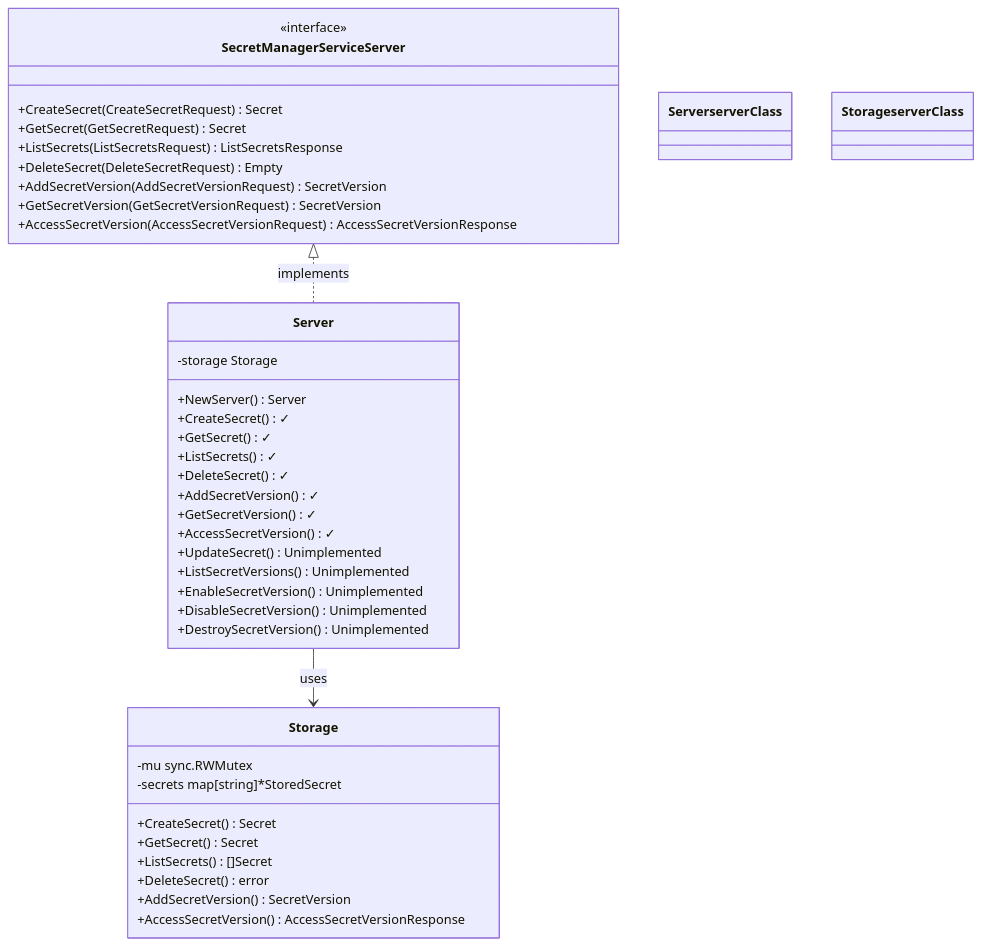
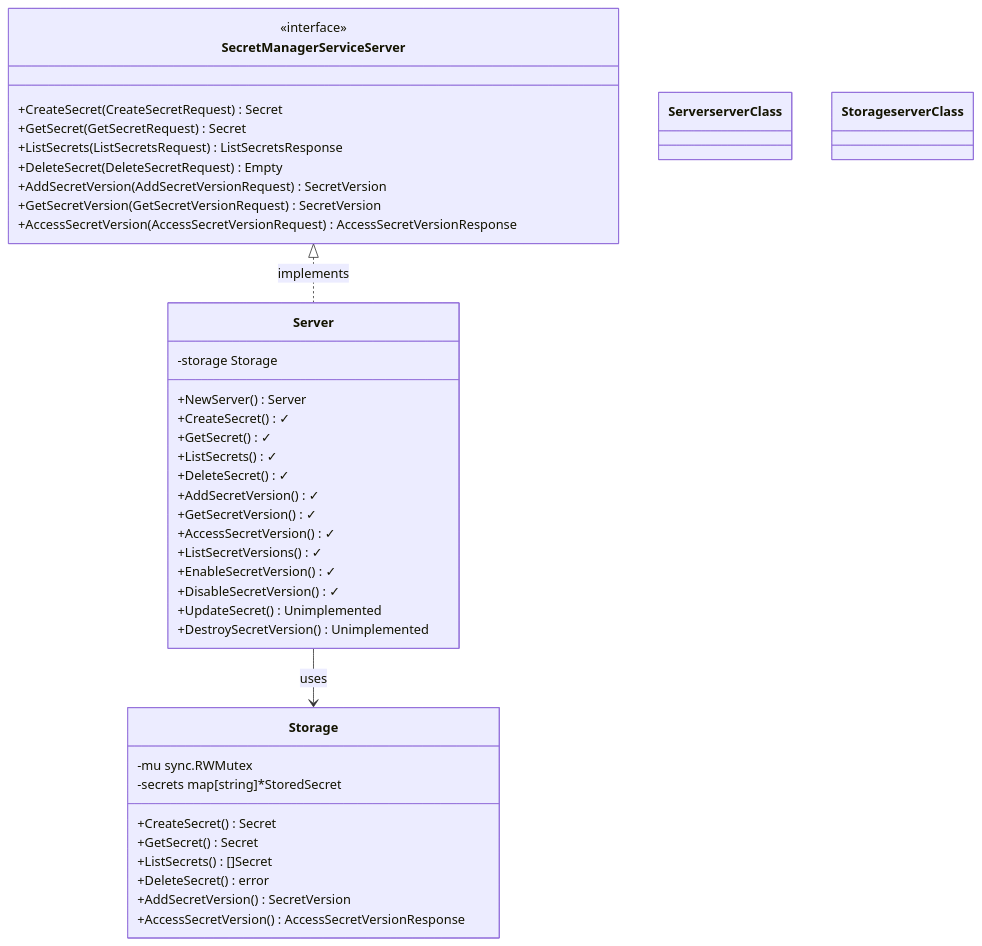
The second of 12 diagrams in docs/ARCHITECTURE.md (blackwell-systems/gcp-secret-manager-emulator), drawn with Mermaid before and after one commit. The commit also changed other lines of this file and 5 other files, not shown here.

````diff
--- a/docs/ARCHITECTURE.md
+++ b/docs/ARCHITECTURE.md
@@ -61,48 +61,48 @@
 ```mermaid
 classDiagram
     class SecretManagerServiceServer {
         <<interface>>
         +CreateSecret(CreateSecretRequest) Secret
         +GetSecret(GetSecretRequest) Secret
         +ListSecrets(ListSecretsRequest) ListSecretsResponse
         +DeleteSecret(DeleteSecretRequest) Empty
         +AddSecretVersion(AddSecretVersionRequest) SecretVersion
         +GetSecretVersion(GetSecretVersionRequest) SecretVersion
         +AccessSecretVersion(AccessSecretVersionRequest) AccessSecretVersionResponse
     }
 
     class Server {
         -storage Storage
         +NewServer() Server
         +CreateSecret() ✓
         +GetSecret() ✓
         +ListSecrets() ✓
         +DeleteSecret() ✓
         +AddSecretVersion() ✓
         +GetSecretVersion() ✓
         +AccessSecretVersion() ✓
+        +ListSecretVersions() ✓
+        +EnableSecretVersion() ✓
+        +DisableSecretVersion() ✓
         +UpdateSecret() Unimplemented
-        +ListSecretVersions() Unimplemented
-        +EnableSecretVersion() Unimplemented
-        +DisableSecretVersion() Unimplemented
         +DestroySecretVersion() Unimplemented
     }
 
     class Storage {
         -mu sync.RWMutex
         -secrets map[string]*StoredSecret
         +CreateSecret() Secret
         +GetSecret() Secret
         +ListSecrets() []Secret
         +DeleteSecret() error
         +AddSecretVersion() SecretVersion
         +AccessSecretVersion() AccessSecretVersionResponse
     }
 
     SecretManagerServiceServer <|.. Server : implements
     Server --> Storage : uses
 
     classDef serverClass fill:#1a472a,stroke:#2ea043,stroke-width:2px
     class Server serverClass
     class Storage serverClass
 ```
````
